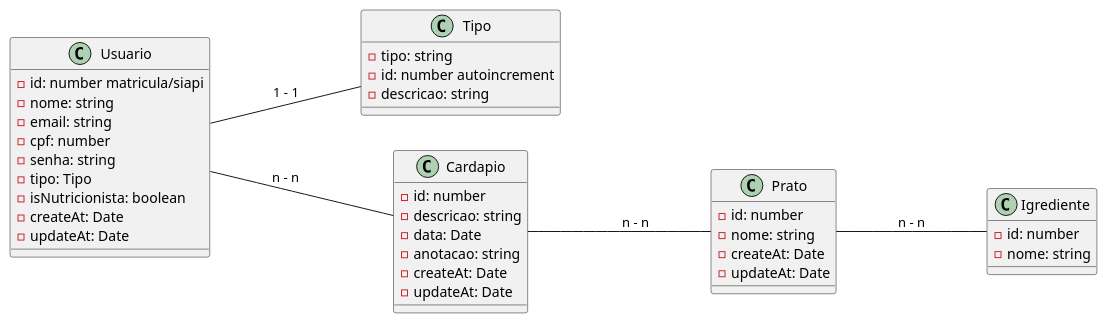
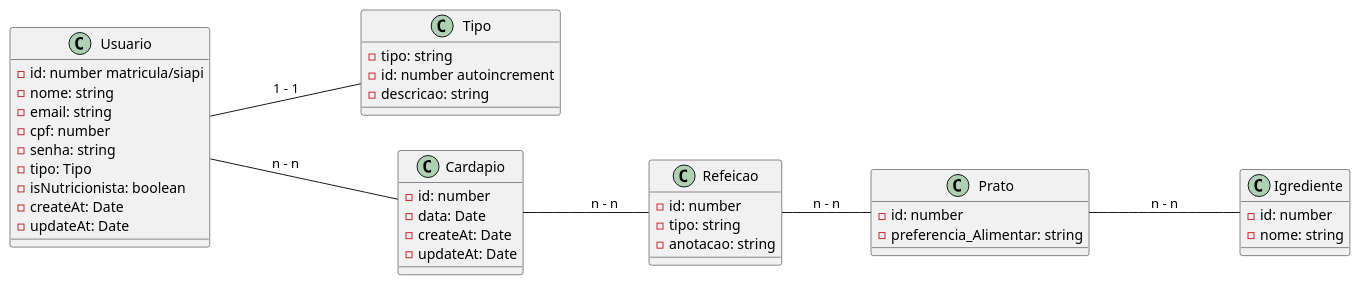
The diagram in src/Projeto/MER.plantuml (Laboratorio-FranCosMonX/RUFPI), drawn with PlantUML before and after one commit. The commit also changed 11 other files, not shown here.

```diff
--- a/src/Projeto/MER.plantuml
+++ b/src/Projeto/MER.plantuml
@@ -1,49 +1,52 @@
 @startuml
 
 left to right direction
 
 class Tipo {
     -tipo: string
     -id: number autoincrement
     -descricao: string
 }
 
 class Usuario{
     -id: number matricula/siapi
     -nome: string
     -email: string
     -cpf: number
     -senha: string
     -tipo: Tipo
     -isNutricionista: boolean
     -createAt: Date
     -updateAt: Date
 }
 
 class Cardapio{
     -id: number
-    -descricao: string
     -data: Date
-    -anotacao: string
     -createAt: Date
     -updateAt: Date
 }
 
+class Refeicao{
+    -id: number
+    -tipo: string
+    -anotacao: string
+}
+
 class Prato{
     -id: number
-    -nome: string
-    -createAt: Date
-    -updateAt: Date
+    -preferencia_Alimentar: string
 }
 
 class Igrediente{
     -id: number
     -nome: string
 }
 
 Usuario --- Tipo: 1 - 1
 Usuario --- Cardapio: n - n
-Cardapio --- Prato: n - n
+Cardapio -- Refeicao: n - n
+Refeicao -- Prato: n - n
 Prato --- Igrediente: n - n
 
 @enduml
```
